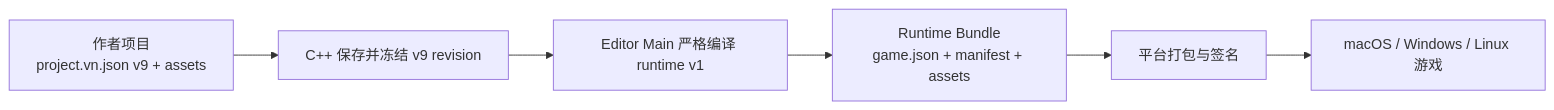
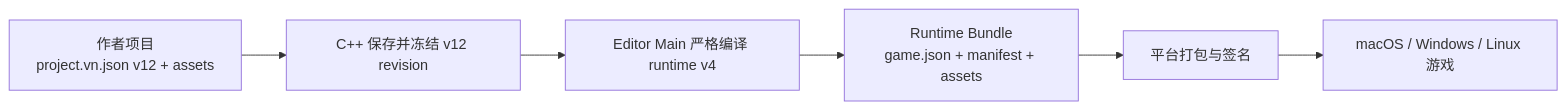
One commit to DarkboyRyan/Scratch-Novel-Engine changed the first of 3 diagrams in docs/game-export-player.md. Above: the diagram before and after it, drawn with Mermaid. The commit also changed other lines of this file and 130 other files, not shown here.

````diff
--- a/docs/game-export-player.md
+++ b/docs/game-export-player.md
@@ -126,11 +138,11 @@
 ```mermaid
 flowchart LR
-  AUTHOR["作者项目<br/>project.vn.json v9 + assets"]
-  SAVE["C++ 保存并冻结 v9 revision"]
-  COMPILE["Editor Main 严格编译 runtime v1"]
+  AUTHOR["作者项目<br/>project.vn.json v12 + assets"]
+  SAVE["C++ 保存并冻结 v12 revision"]
+  COMPILE["Editor Main 严格编译 runtime v4"]
   BUNDLE["Runtime Bundle<br/>game.json + manifest + assets"]
   PACKAGE["平台打包与签名"]
   APP["macOS / Windows / Linux 游戏"]
 
   AUTHOR --> SAVE --> COMPILE --> BUNDLE --> PACKAGE --> APP
 ```
````
